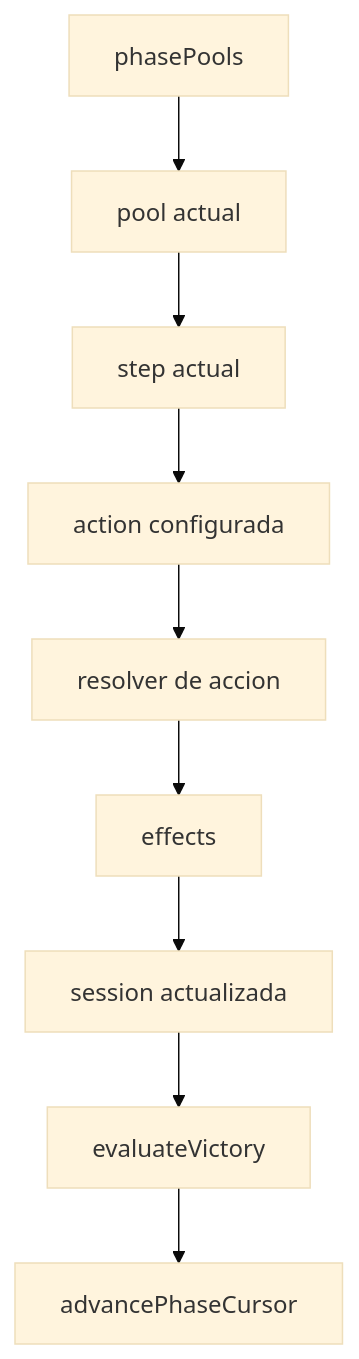
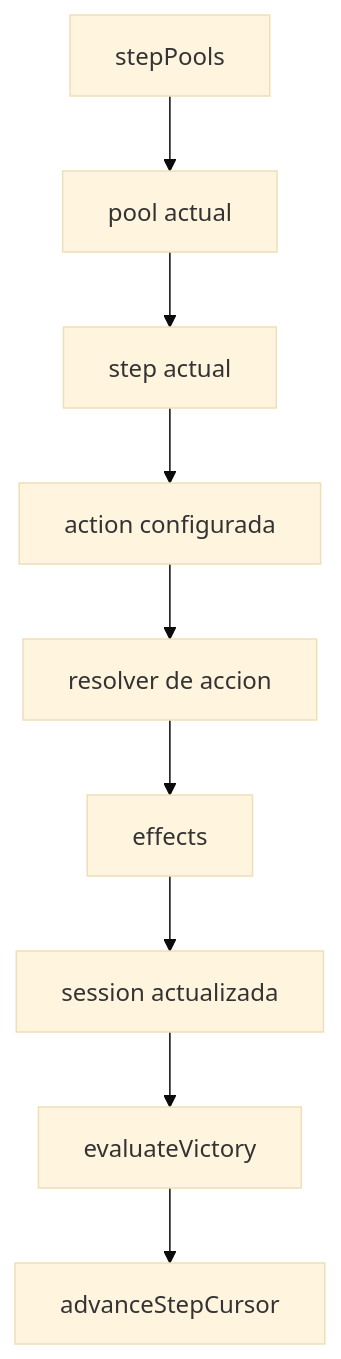
Before and after one commit to juanramonmorandeira/castronegro-director: the first of 2 diagrams in docs/phase_flow_recovered.md, drawn with Mermaid (base theme). The commit also changed other lines of this file and 43 other files, not shown here.

````diff
--- a/docs/phase_flow_recovered.md
+++ b/docs/phase_flow_recovered.md
@@ -34,11 +34,11 @@
 ```mermaid
 flowchart TD
-  A[phasePools] --> B[pool actual]
+  A[stepPools] --> B[pool actual]
   B --> C[step actual]
   C --> D[action configurada]
   D --> E[resolver de accion]
   E --> F[effects]
   F --> G[session actualizada]
   G --> H[evaluateVictory]
-  H --> I[advancePhaseCursor]
+  H --> I[advanceStepCursor]
 ```
````
